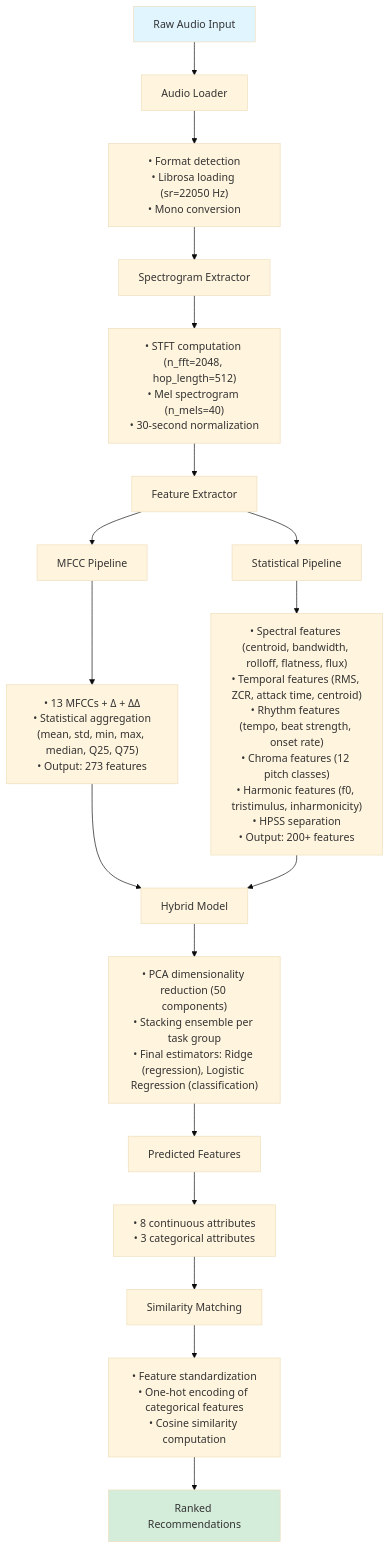
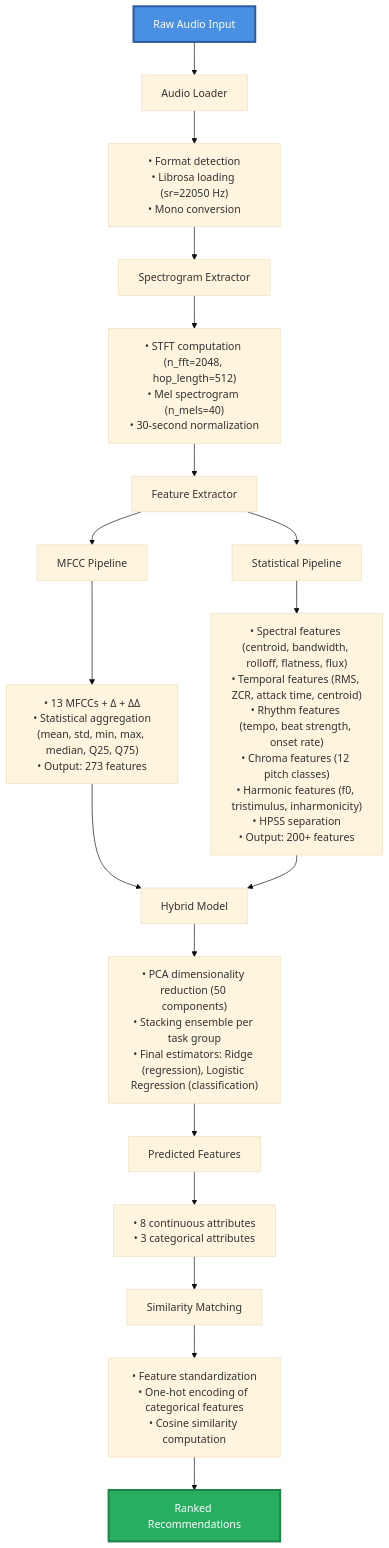
The diagram in README.md (Academic-Projects-2025/Music-recommendation-system), drawn with Mermaid (base theme) before and after one commit.

````diff
--- a/README.md
+++ b/README.md
@@ -55,30 +55,30 @@
 ```mermaid
 graph TD
     A[Raw Audio Input] --> B[Audio Loader]
     B --> B1["• Format detection<br/>• Librosa loading (sr=22050 Hz)<br/>• Mono conversion"]
     B1 --> C[Spectrogram Extractor]
     C --> C1["• STFT computation (n_fft=2048, hop_length=512)<br/>• Mel spectrogram (n_mels=40)<br/>• 30-second normalization"]
     C1 --> D[Feature Extractor]
 
     D --> E[MFCC Pipeline]
     E --> E1["• 13 MFCCs + Δ + ΔΔ<br/>• Statistical aggregation<br/>(mean, std, min, max, median, Q25, Q75)<br/>• Output: 273 features"]
 
     D --> F[Statistical Pipeline]
     F --> F1["• Spectral features (centroid, bandwidth, rolloff, flatness, flux)<br/>• Temporal features (RMS, ZCR, attack time, centroid)<br/>• Rhythm features (tempo, beat strength, onset rate)<br/>• Chroma features (12 pitch classes)<br/>• Harmonic features (f0, tristimulus, inharmonicity)<br/>• HPSS separation<br/>• Output: 200+ features"]
 
     E1 --> G[Hybrid Model]
     F1 --> G
     G --> G1["• PCA dimensionality reduction (50 components)<br/>• Stacking ensemble per task group<br/>• Final estimators: Ridge (regression), Logistic Regression (classification)"]
 
     G1 --> H[Predicted Features]
     H --> H1["• 8 continuous attributes<br/>• 3 categorical attributes"]
 
     H1 --> I[Similarity Matching]
     I --> I1["• Feature standardization<br/>• One-hot encoding of categorical features<br/>• Cosine similarity computation"]
 
     I1 --> J[Ranked Recommendations]
 
-    style A fill:#e1f5ff
-    style J fill:#d4edda
+    style A fill:#4a90e2,stroke:#2c5aa0,stroke-width:3px,color:#fff
+    style J fill:#27ae60,stroke:#1e8449,stroke-width:3px,color:#fff
 
 ```
````
